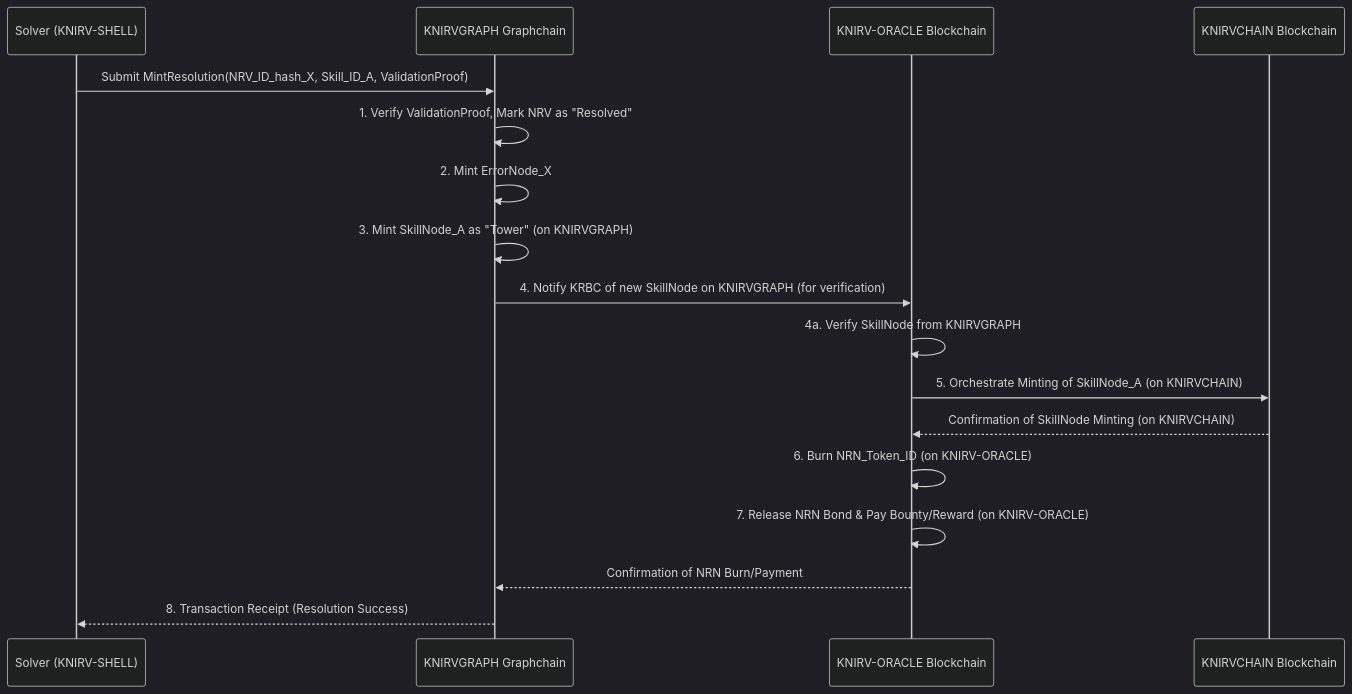
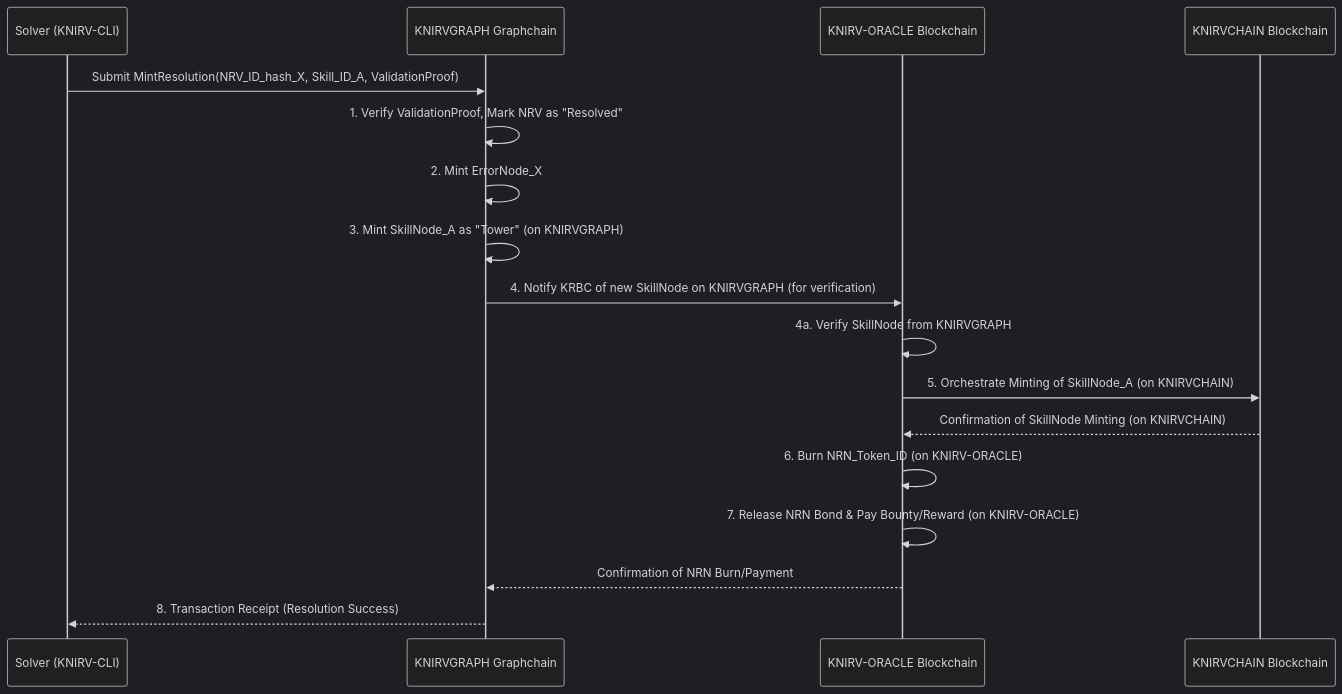
Before and after one commit to guiperry/KNIRV_NETWORK: the fifth of 9 diagrams in KNIRVGATEWAY/documentation/docsify/whitepapers/KNIRV-GRAPH_Whitepaper.md, drawn with Mermaid (dark theme). The commit also changed other lines of this file and 1506 other files, not shown here.

````diff
--- a/KNIRVGATEWAY/documentation/docsify/whitepapers/KNIRV-GRAPH_Whitepaper.md
+++ b/KNIRVGATEWAY/documentation/docsify/whitepapers/KNIRV-GRAPH_Whitepaper.md
@@ -307,25 +307,25 @@
 ```mermaid
 sequenceDiagram
-    participant Solver as Solver (KNIRV-SHELL)
+    participant Solver as Solver (KNIRV-CLI)
     participant KGBC as KNIRVGRAPH Graphchain
     participant KRBC as KNIRV-ORACLE Blockchain
     participant KCC as KNIRVCHAIN Blockchain
     
     Solver->>KGBC: Submit MintResolution(NRV_ID_hash_X, Skill_ID_A, ValidationProof)
     
     KGBC->>KGBC: 1. Verify ValidationProof, Mark NRV as "Resolved"
     KGBC->>KGBC: 2. Mint ErrorNode_X
     KGBC->>KGBC: 3. Mint SkillNode_A as "Tower" (on KNIRVGRAPH)
     
     KGBC->>KRBC: 4. Notify KRBC of new SkillNode on KNIRVGRAPH (for verification)
     KRBC->>KRBC: 4a. Verify SkillNode from KNIRVGRAPH
     
     KRBC->>KCC: 5. Orchestrate Minting of SkillNode_A (on KNIRVCHAIN)
     KCC-->>KRBC: Confirmation of SkillNode Minting (on KNIRVCHAIN)
     
     KRBC->>KRBC: 6. Burn NRN_Token_ID (on KNIRV-ORACLE)
     KRBC->>KRBC: 7. Release NRN Bond & Pay Bounty/Reward (on KNIRV-ORACLE)
     
     KRBC-->>KGBC: Confirmation of NRN Burn/Payment
     KGBC-->>Solver: 8. Transaction Receipt (Resolution Success)
 ```
````
